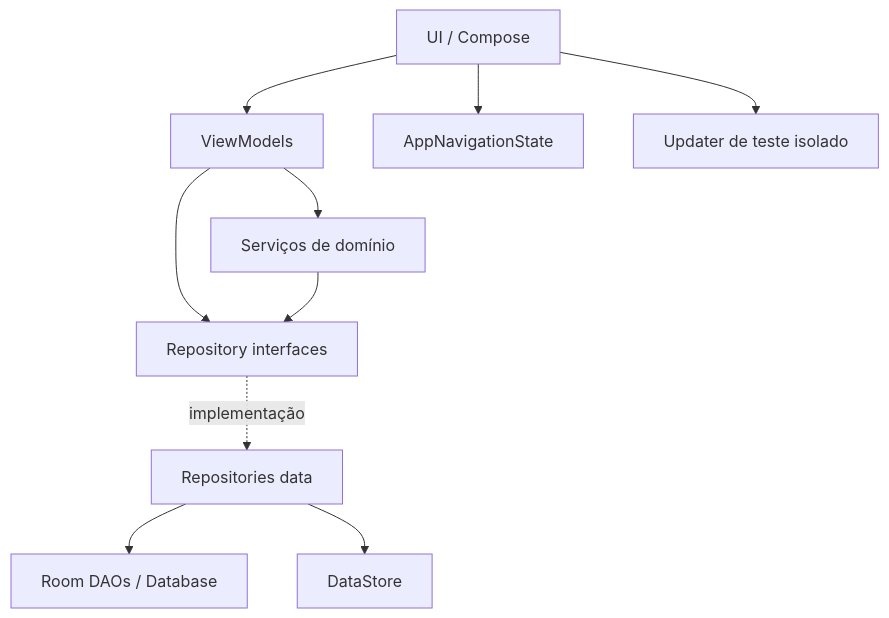
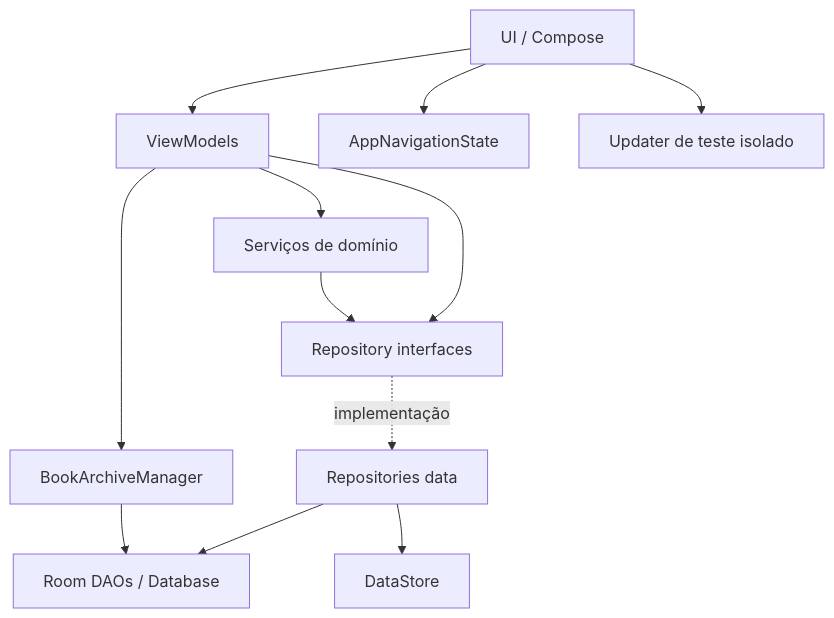
The first of 2 diagrams in ARCHITECTURE.md (TomikantGit/Freeferbook2), drawn with Mermaid before and after one commit. The commit also changed other lines of this file and 15 other files, not shown here.

````diff
--- a/ARCHITECTURE.md
+++ b/ARCHITECTURE.md
@@ -18,12 +18,14 @@
 ```mermaid
 graph TB
     UI["UI / Compose"] --> VM["ViewModels"]
     UI --> NAV["AppNavigationState"]
     VM --> DOMAIN["Serviços de domínio"]
     VM --> REPO["Repository interfaces"]
     DOMAIN --> REPO
     REPO -. implementação .-> DATA["Repositories data"]
     DATA --> ROOM["Room DAOs / Database"]
     DATA --> DS["DataStore"]
     UI --> UPDATE["Updater de teste isolado"]
+    VM --> ARCHIVE["BookArchiveManager"]
+    ARCHIVE --> ROOM
 ```
````
